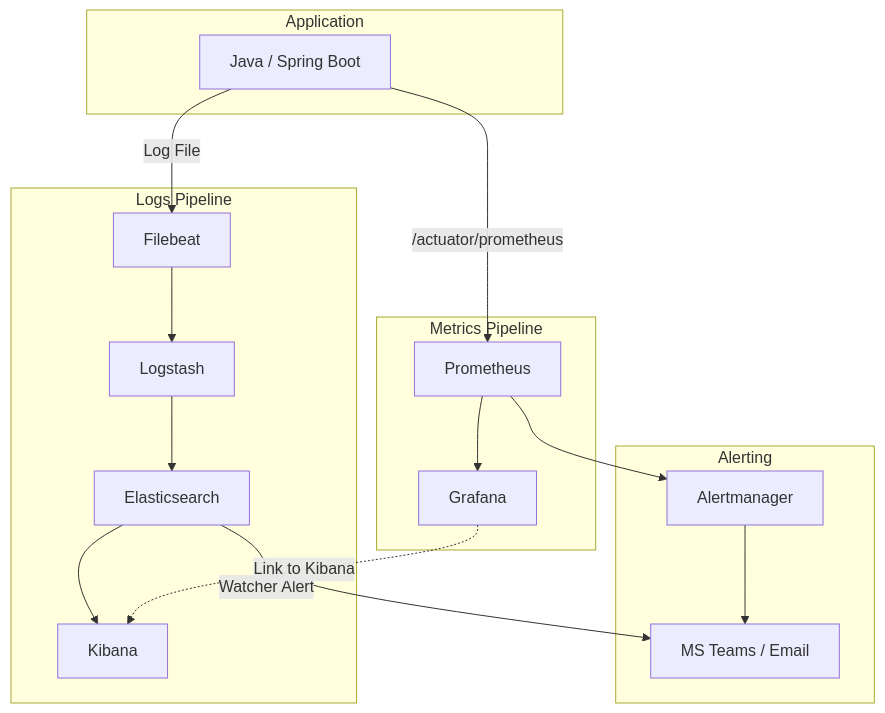
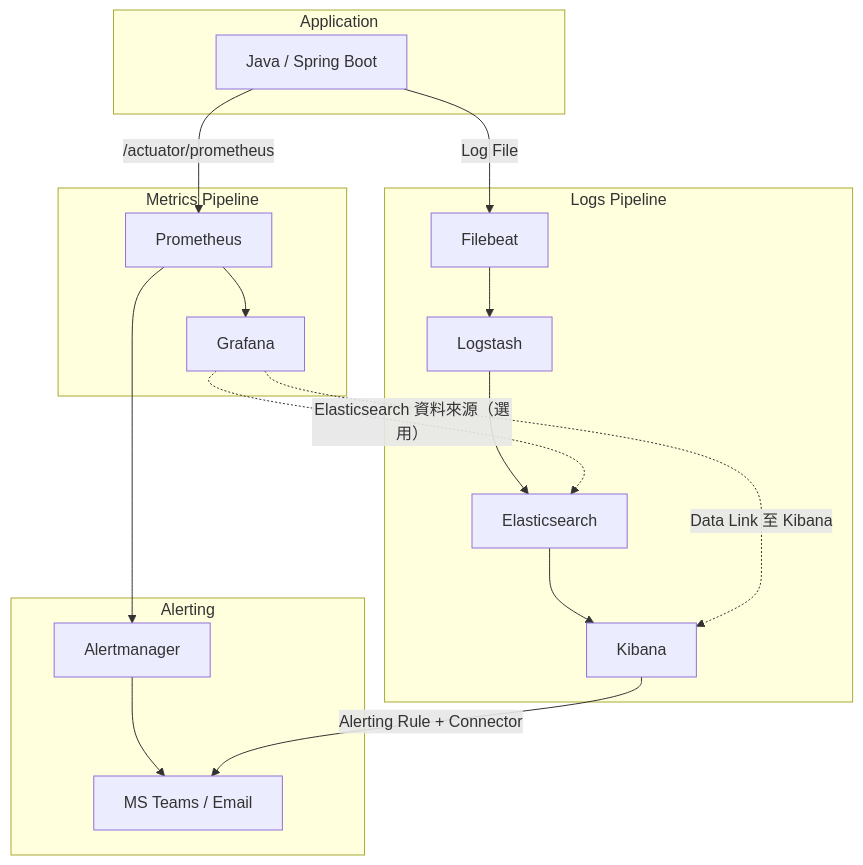
One commit to chihhung/Blog changed diagram 11 of 28 in content/posts/教學/工具/ELK-Stack教學手冊.md. Above: the diagram before and after it, drawn with Mermaid. The commit also changed other lines of this file and 8 other files, not shown here.

````diff
--- a/content/posts/教學/工具/ELK-Stack教學手冊.md
+++ b/content/posts/教學/工具/ELK-Stack教學手冊.md
@@ -617,34 +1143,35 @@
 ```mermaid
 graph TB
     subgraph "Application"
         App[Java / Spring Boot]
     end
-    
+
     subgraph "Metrics Pipeline"
         Prom[Prometheus]
         Graf[Grafana]
     end
-    
+
     subgraph "Logs Pipeline"
         FB[Filebeat]
         LS[Logstash]
         ES[Elasticsearch]
         Kib[Kibana]
     end
-    
+
     subgraph "Alerting"
         AM[Alertmanager]
         Teams[MS Teams / Email]
     end
-    
+
     App -->|"/actuator/prometheus"| Prom
     App -->|"Log File"| FB
-    
+
     Prom --> Graf
     FB --> LS --> ES --> Kib
-    
+
     Prom --> AM --> Teams
-    ES -->|"Watcher Alert"| Teams
-    
-    Graf -.->|"Link to Kibana"| Kib
+    Kib -->|"Alerting Rule + Connector"| Teams
+
+    Graf -.->|"Data Link 至 Kibana"| Kib
+    Graf -.->|"Elasticsearch 資料來源（選用）"| ES
 ```
````
